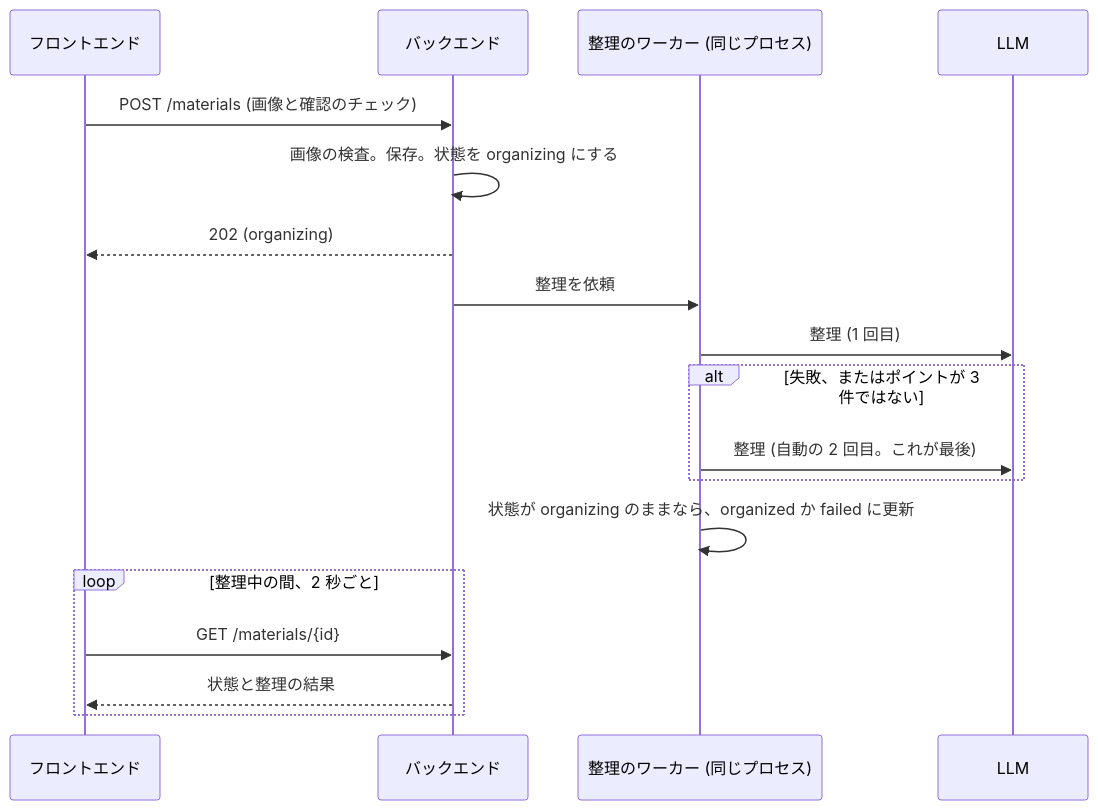
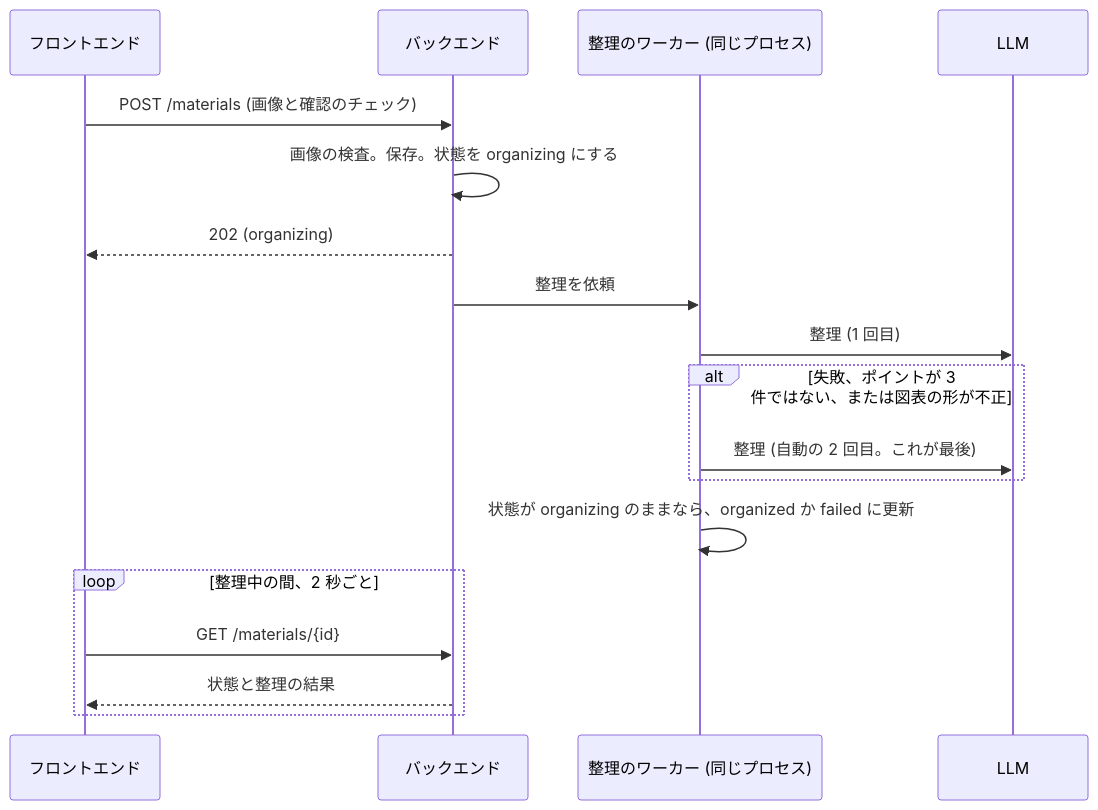
One commit to kyro-studios/teachme changed the third of 4 diagrams in docs/features/1-ai-student-lesson/architecture.md. Above: the diagram before and after it, drawn with Mermaid. The commit also changed other lines of this file and 1 other file, not shown here.

Commit message:
docs: 授業の上限と中断の排他を定め、図表の扱いを矩形の切り出しに改める

````diff
--- a/docs/features/1-ai-student-lesson/architecture.md
+++ b/docs/features/1-ai-student-lesson/architecture.md
@@ -118,20 +120,20 @@
 ```mermaid
 sequenceDiagram
     participant F as フロントエンド
     participant B as バックエンド
     participant E as 整理のワーカー (同じプロセス)
     participant L as LLM
     F->>B: POST /materials (画像と確認のチェック)
     B->>B: 画像の検査。保存。状態を organizing にする
     B-->>F: 202 (organizing)
     B->>E: 整理を依頼
     E->>L: 整理 (1 回目)
-    alt 失敗、またはポイントが 3 件ではない
+    alt 失敗、ポイントが 3 件ではない、または図表の形が不正
         E->>L: 整理 (自動の 2 回目。これが最後)
     end
     E->>E: 状態が organizing のままなら、organized か failed に更新
     loop 整理中の間、2 秒ごと
         F->>B: GET /materials/{id}
         B-->>F: 状態と整理の結果
     end
 ```
````
